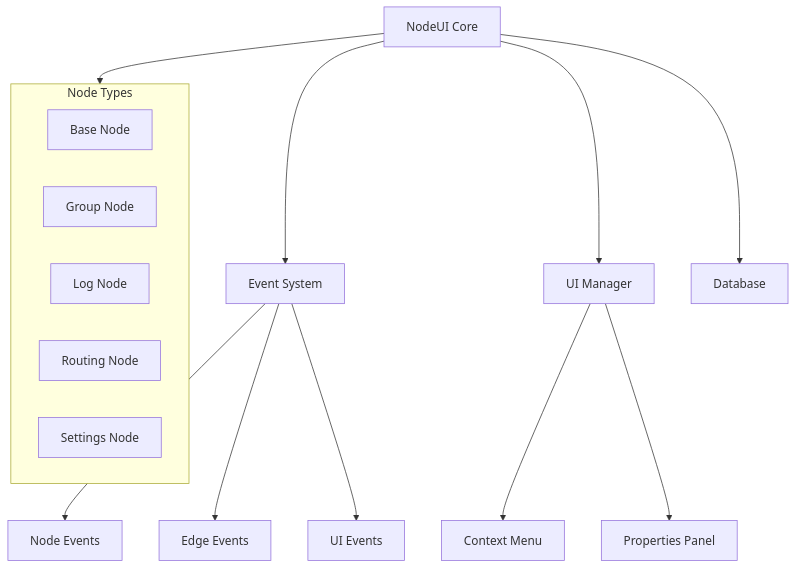
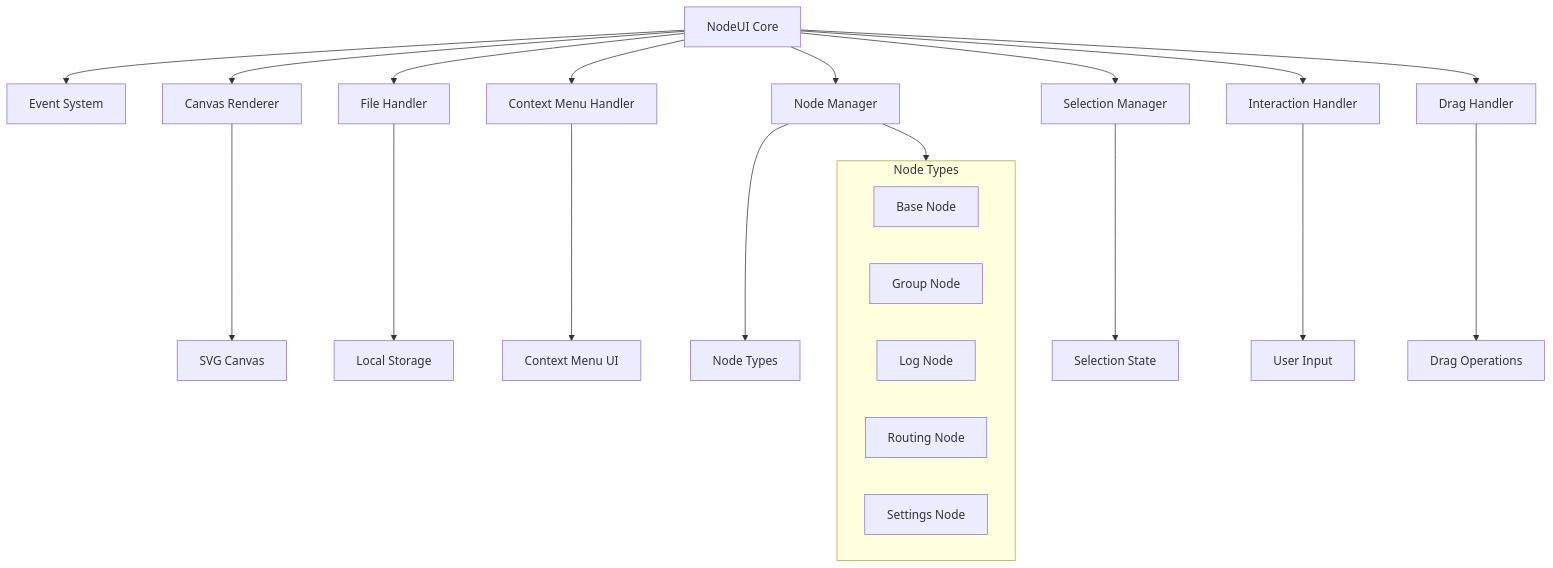
Before and after one commit to DangerDrome/NodeUI: the first of 4 diagrams in memory-bank/systemPatterns.md, drawn with Mermaid. The commit also changed other lines of this file and 15 other files, not shown here.

````diff
--- a/memory-bank/systemPatterns.md
+++ b/memory-bank/systemPatterns.md
@@ -6,23 +6,29 @@
 ```mermaid
 flowchart TD
     NodeUI[NodeUI Core] --> Events[Event System]
-    NodeUI --> UI[UI Manager]
-    NodeUI --> DB[Database]
+    NodeUI --> CanvasRenderer[Canvas Renderer]
+    NodeUI --> FileHandler[File Handler]
+    NodeUI --> ContextMenuHandler[Context Menu Handler]
+    NodeUI --> NodeManager[Node Manager]
+    NodeUI --> SelectionManager[Selection Manager]
+    NodeUI --> InteractionHandler[Interaction Handler]
+    NodeUI --> DragHandler[Drag Handler]
     
-    UI --> ContextMenu[Context Menu]
-    UI --> Properties[Properties Panel]
-    
-    Events --> NodeEvents[Node Events]
-    Events --> EdgeEvents[Edge Events]
-    Events --> UIEvents[UI Events]
+    CanvasRenderer --> SVG[SVG Canvas]
+    FileHandler --> Storage[Local Storage]
+    ContextMenuHandler --> ContextMenu[Context Menu UI]
+    NodeManager --> Nodes[Node Types]
+    SelectionManager --> Selection[Selection State]
+    InteractionHandler --> Input[User Input]
+    DragHandler --> Drag[Drag Operations]
     
     subgraph nodes[Node Types]
         BaseNode[Base Node]
         GroupNode[Group Node]
         LogNode[Log Node]
         RoutingNode[Routing Node]
         SettingsNode[Settings Node]
     end
     
-    NodeUI --> nodes
+    NodeManager --> nodes
 ```
````
